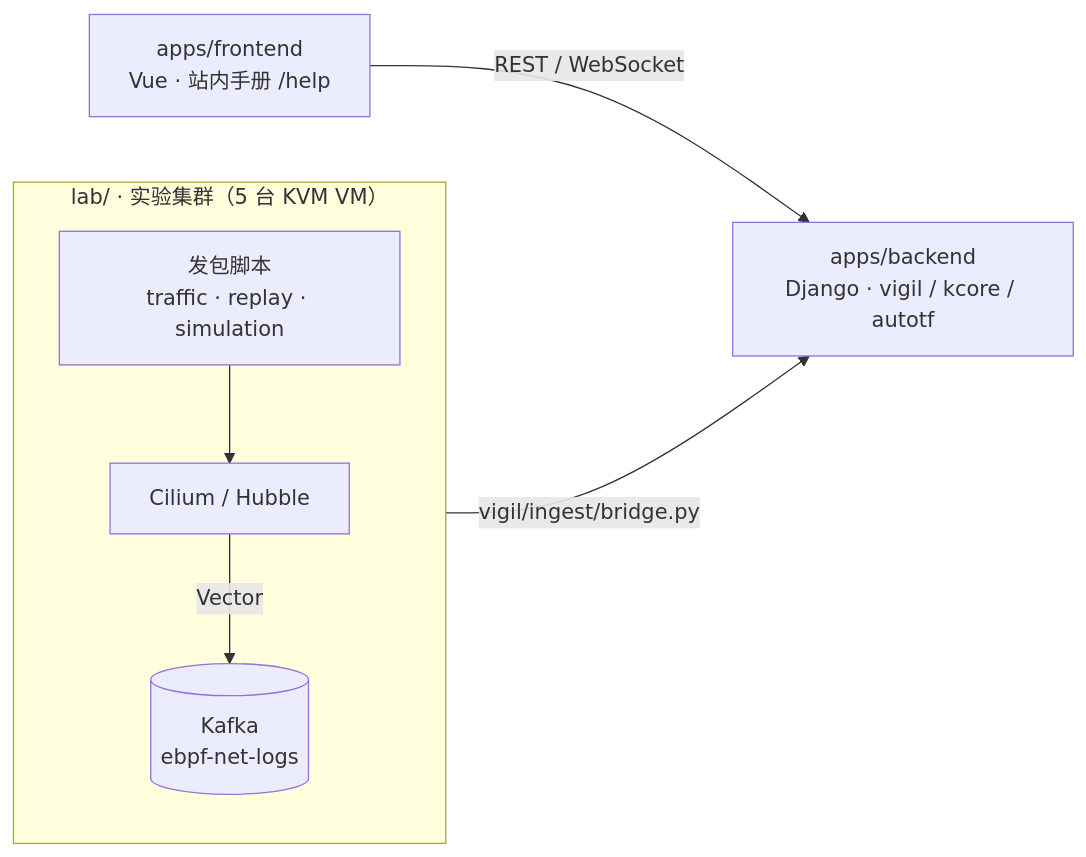
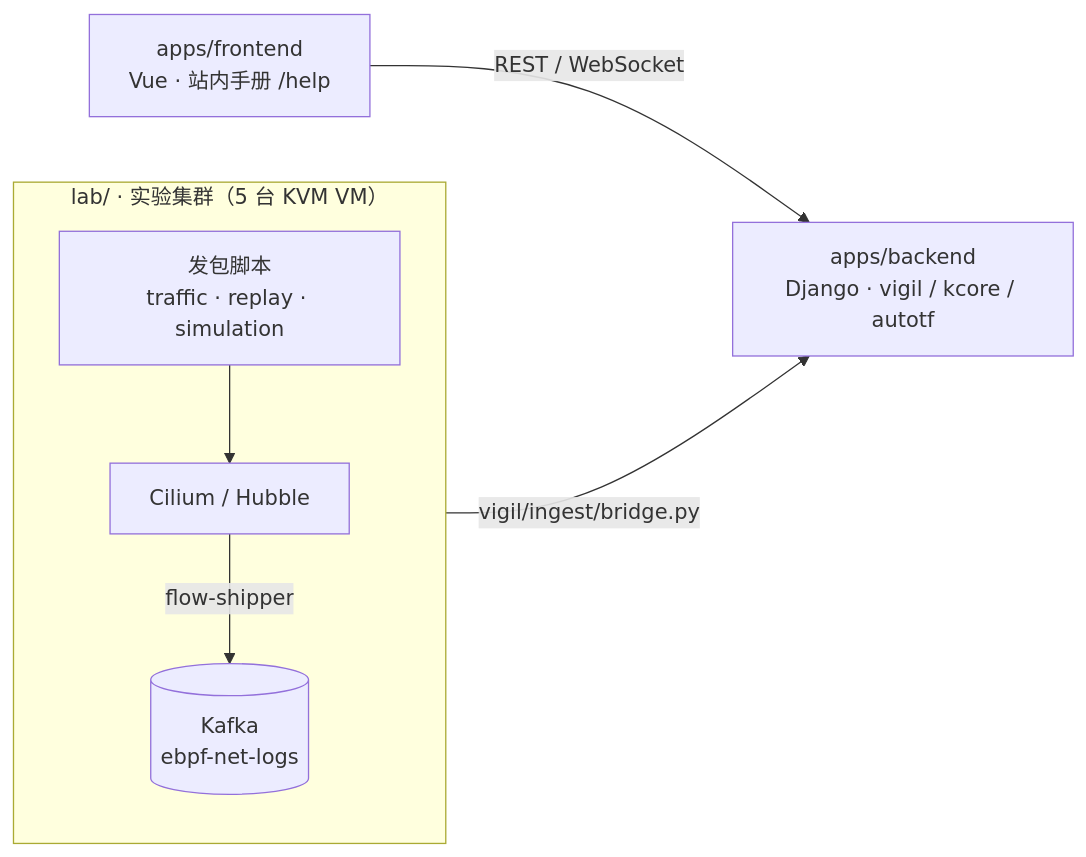
The first of 2 diagrams in README.md (knet-lab/knettf), drawn with Mermaid before and after one commit. The commit also changed other lines of this file and 14 other files, not shown here.

First line of the commit message:
lab：用 Python 的 flow-shipper 替代 Vector + hubble observe

````diff
--- a/README.md
+++ b/README.md
@@ -9,14 +9,14 @@
 ```mermaid
 flowchart LR
     subgraph LAB["lab/ · 实验集群（5 台 KVM VM）"]
         direction TB
         TR["发包脚本<br/>traffic · replay · simulation"]
         CIL["Cilium / Hubble"]
         KAF[("Kafka<br/>ebpf-net-logs")]
-        TR --> CIL -- "Vector" --> KAF
+        TR --> CIL -- "flow-shipper" --> KAF
     end
     BE["apps/backend<br/>Django · vigil / kcore / autotf"]
     FE["apps/frontend<br/>Vue · 站内手册 /help"]
     KAF -- "vigil/ingest/bridge.py" --> BE
     FE -- "REST / WebSocket" --> BE
 ```
````
